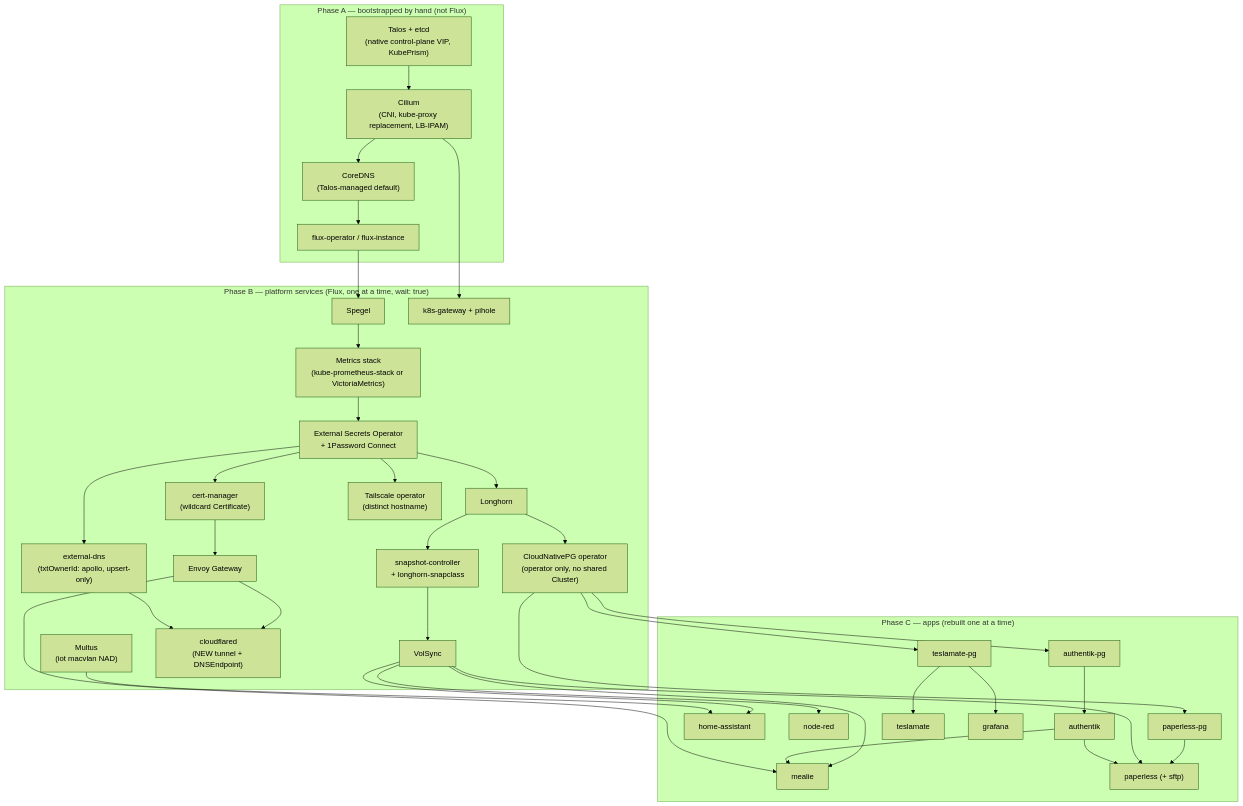
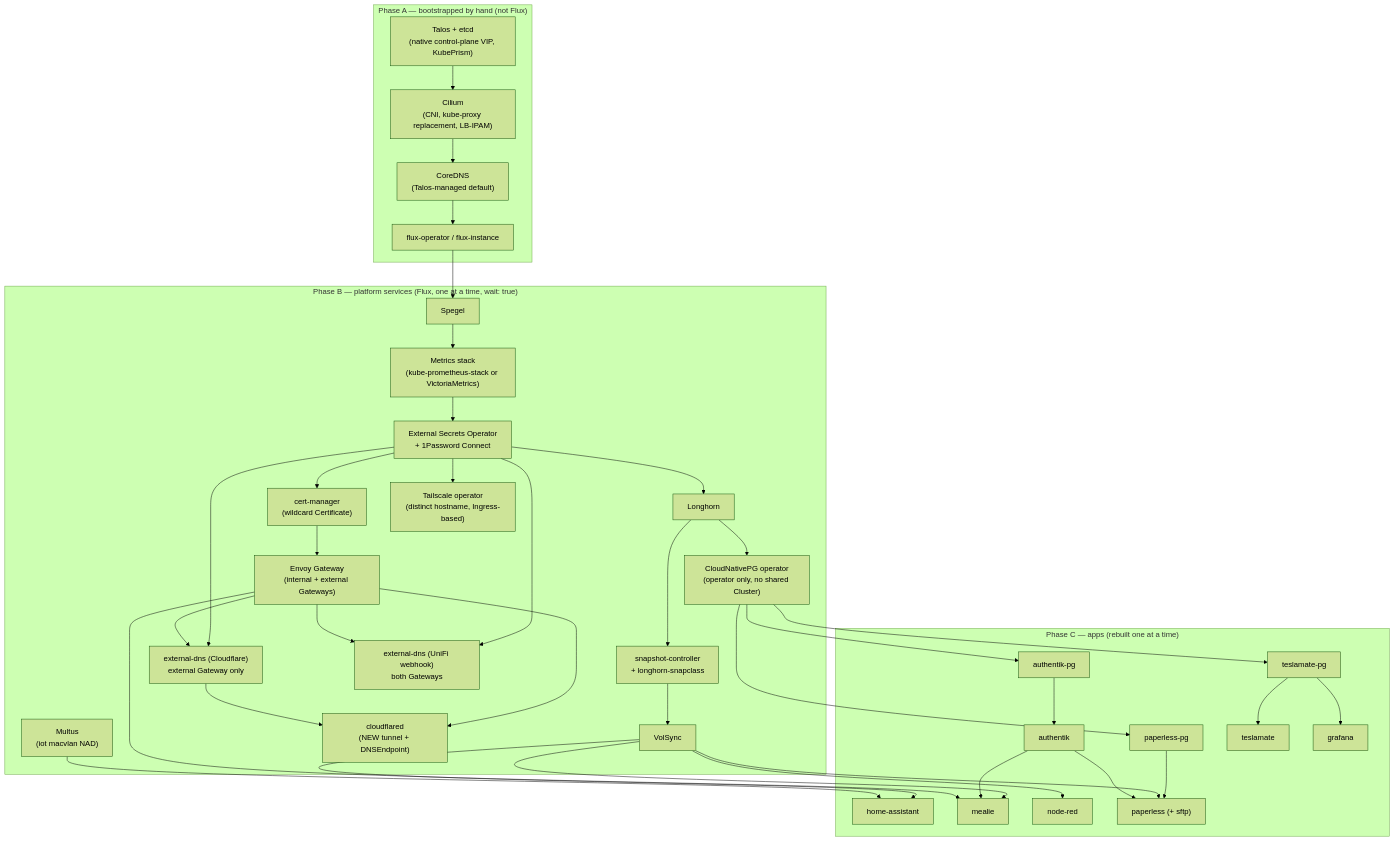
One commit to evanmoelter/hcc changed the second of 3 diagrams in plans/20260816-talos-migration.md. Above: the diagram before and after it, drawn with Mermaid (forest theme). The commit also changed other lines of this file, not shown here.

First line of the commit message:
plan: move internal DNS to UniFi, split the gateways, drop pihole

````diff
--- a/plans/20260816-talos-migration.md
+++ b/plans/20260816-talos-migration.md
@@ -103,65 +103,67 @@
 ```mermaid
 flowchart TD
     subgraph phaseA["Phase A — bootstrapped by hand (not Flux)"]
         talos["Talos + etcd<br/>(native control-plane VIP, KubePrism)"]
         cilium["Cilium<br/>(CNI, kube-proxy replacement, LB-IPAM)"]
         coredns["CoreDNS<br/>(Talos-managed default)"]
         flux["flux-operator / flux-instance"]
         talos --> cilium --> coredns --> flux
     end
 
     subgraph phaseB["Phase B — platform services (Flux, one at a time, wait: true)"]
         spegel["Spegel"]
         metrics["Metrics stack<br/>(kube-prometheus-stack or VictoriaMetrics)"]
         eso["External Secrets Operator<br/>+ 1Password Connect"]
         certmgr["cert-manager<br/>(wildcard Certificate)"]
         longhorn["Longhorn"]
         snapshot["snapshot-controller<br/>+ longhorn-snapclass"]
         volsync["VolSync"]
         cnpg["CloudNativePG operator<br/>(operator only, no shared Cluster)"]
         multus["Multus<br/>(iot macvlan NAD)"]
-        envoy["Envoy Gateway"]
-        extdns["external-dns<br/>(txtOwnerId: apollo, upsert-only)"]
+        envoy["Envoy Gateway<br/>(internal + external Gateways)"]
+        extdnscf["external-dns (Cloudflare)<br/>external Gateway only"]
+        extdnsunifi["external-dns (UniFi webhook)<br/>both Gateways"]
         cflared["cloudflared<br/>(NEW tunnel + DNSEndpoint)"]
-        gateway["k8s-gateway + pihole"]
-        tailscale["Tailscale operator<br/>(distinct hostname)"]
+        tailscale["Tailscale operator<br/>(distinct hostname, Ingress-based)"]
     end
 
     flux --> spegel --> metrics --> eso
     eso --> certmgr
     eso --> longhorn
-    eso --> extdns
+    eso --> extdnscf
+    eso --> extdnsunifi
     eso --> tailscale
     longhorn --> snapshot --> volsync
     longhorn --> cnpg
     certmgr --> envoy
-    cilium --> gateway
+    envoy --> extdnscf
+    envoy --> extdnsunifi
     envoy --> cflared
-    extdns --> cflared
+    extdnscf --> cflared
 
     subgraph phaseC["Phase C — apps (rebuilt one at a time)"]
         authpg["authentik-pg"]
         authentik["authentik"]
         hass["home-assistant"]
         mealie["mealie"]
         nodered["node-red"]
         paperlesspg["paperless-pg"]
         paperless["paperless (+ sftp)"]
         tmpg["teslamate-pg"]
         teslamate["teslamate"]
         grafana["grafana"]
     end
 
     cnpg --> authpg --> authentik
     cnpg --> paperlesspg --> paperless
     cnpg --> tmpg --> teslamate
     volsync --> hass
     volsync --> mealie
     volsync --> nodered
     volsync --> paperless
     multus --> hass
     authentik --> mealie
     authentik --> paperless
     tmpg --> grafana
     envoy --> mealie
 ```
````
